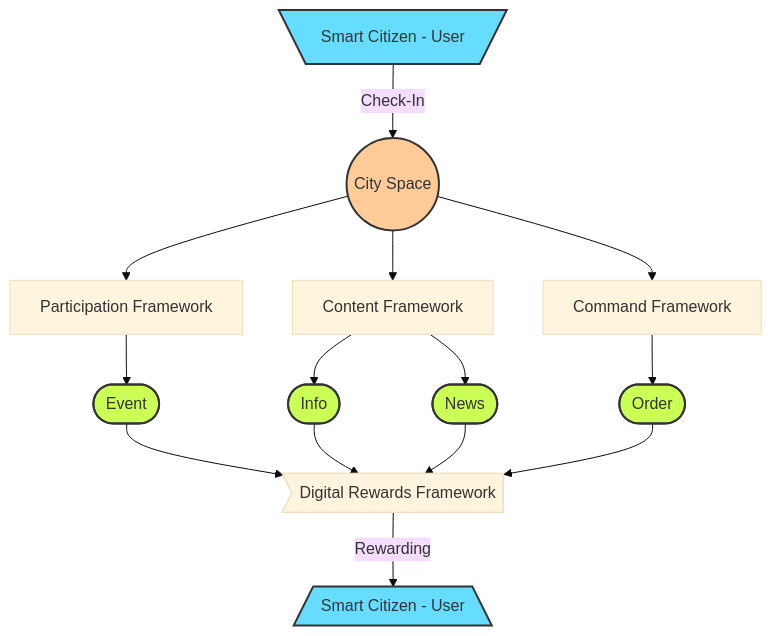
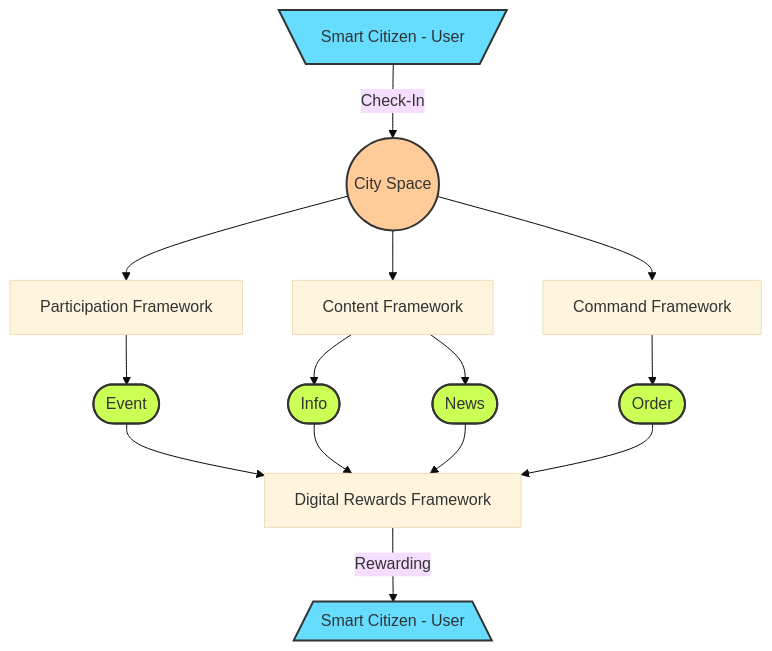
One commit to cityos-work/cityos-dev changed the second of 2 diagrams in pages/roadmap.md. Above: the diagram before and after it, drawn with Mermaid (base theme).

````diff
--- a/pages/roadmap.md
+++ b/pages/roadmap.md
@@ -80,23 +80,23 @@
 ```mermaid
 graph TB;
     USER[\Smart Citizen - User/]-- Check-In -->SPACE((City Space));
     SPACE-->PARTICIPATION[Participation Framework];
     SPACE-->CONTENT[Content Framework];
     SPACE-->COMMAND[Command Framework];
     PARTICIPATION-->EVENT([Event]);
     CONTENT-->INFO([Info]);
     CONTENT-->NEWS([News]);
     COMMAND-->ORDER([Order]);
-    EVENT-->REWARDFRAMEWORK>Digital Rewards Framework];
+    EVENT-->REWARDFRAMEWORK[Digital Rewards Framework];
     INFO-->REWARDFRAMEWORK;
     NEWS-->REWARDFRAMEWORK;
     ORDER-->REWARDFRAMEWORK;
     REWARDFRAMEWORK-- Rewarding -->REWARDEDUSER[/Smart Citizen - User\];
     style USER fill:#6df,stroke:#333,stroke-width:2px
     style REWARDEDUSER fill:#6df,stroke:#333,stroke-width:2px
     style SPACE fill:#fc9,stroke:#333,stroke-width:2px
     style ORDER fill:#CF5, stroke:#333,stroke-width:2px
     style INFO fill:#CF5, stroke:#333,stroke-width:2px
     style NEWS fill:#CF5, stroke:#333,stroke-width:2px
     style EVENT fill:#CF5, stroke:#333,stroke-width:2px 
 ```
````
